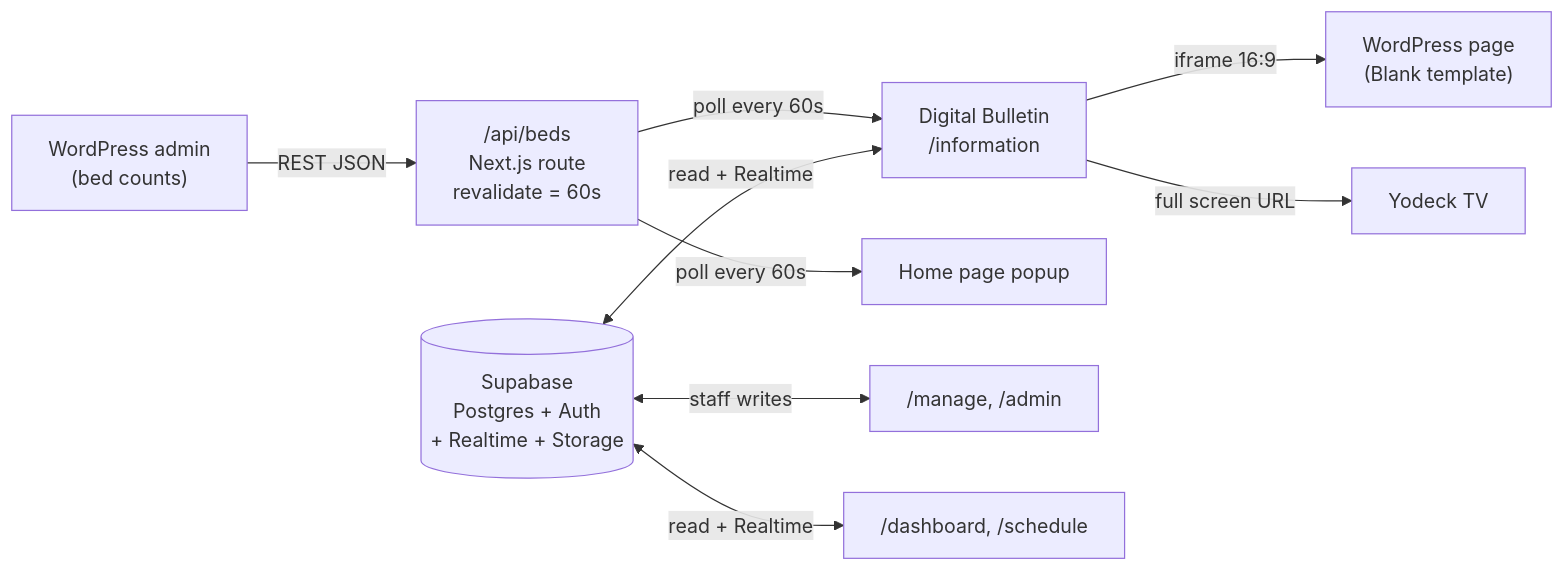
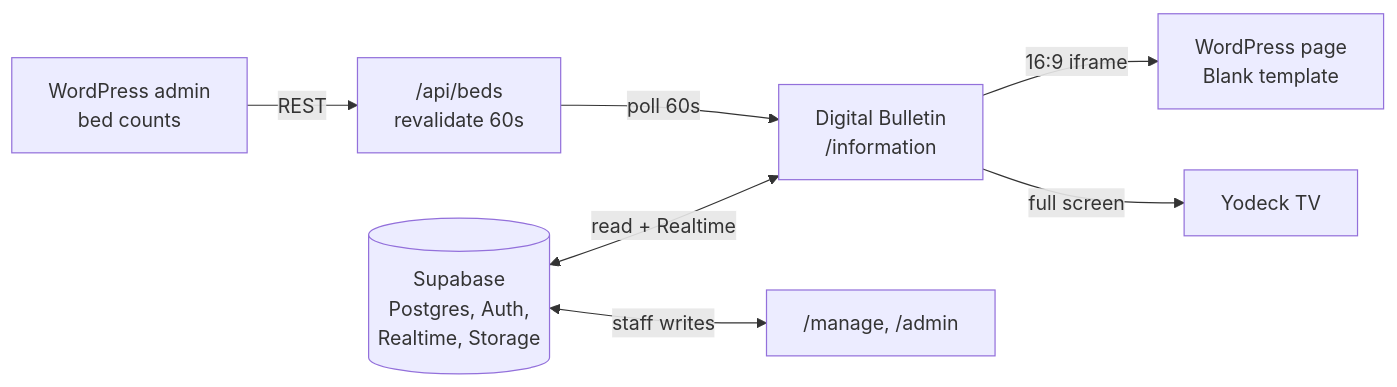
One commit to scrisostomoSMCS/SMCS-Digital-Display changed the diagram in README.md. Above: the diagram before and after it, drawn with Mermaid. The commit also changed other lines of this file, not shown here.

````diff
--- a/README.md
+++ b/README.md
@@ -60,13 +55,9 @@
 ```mermaid
 flowchart LR
-    WP["WordPress admin<br/>(bed counts)"] -->|REST JSON| API["/api/beds<br/>Next.js route<br/>revalidate = 60s"]
-    API -->|"poll every 60s"| BUL["Digital Bulletin<br/>/information"]
-    API -->|"poll every 60s"| HOME["Home page popup"]
-
-    SB[("Supabase<br/>Postgres + Auth<br/>+ Realtime + Storage")] <-->|"read + Realtime"| BUL
-    SB <-->|"staff writes"| MAN["/manage, /admin"]
-    SB <-->|"read + Realtime"| DASH["/dashboard, /schedule"]
-
-    BUL -->|"iframe 16:9"| WPPAGE["WordPress page<br/>(Blank template)"]
-    BUL -->|"full screen URL"| YOD["Yodeck TV"]
+    WP["WordPress admin<br/>bed counts"] -->|REST| API["/api/beds<br/>revalidate 60s"]
+    API -->|poll 60s| BUL["Digital Bulletin<br/>/information"]
+    SB[("Supabase<br/>Postgres, Auth,<br/>Realtime, Storage")] <-->|read + Realtime| BUL
+    SB <-->|staff writes| MAN["/manage, /admin"]
+    BUL -->|16:9 iframe| WPPAGE["WordPress page<br/>Blank template"]
+    BUL -->|full screen| YOD["Yodeck TV"]
 ```
````
